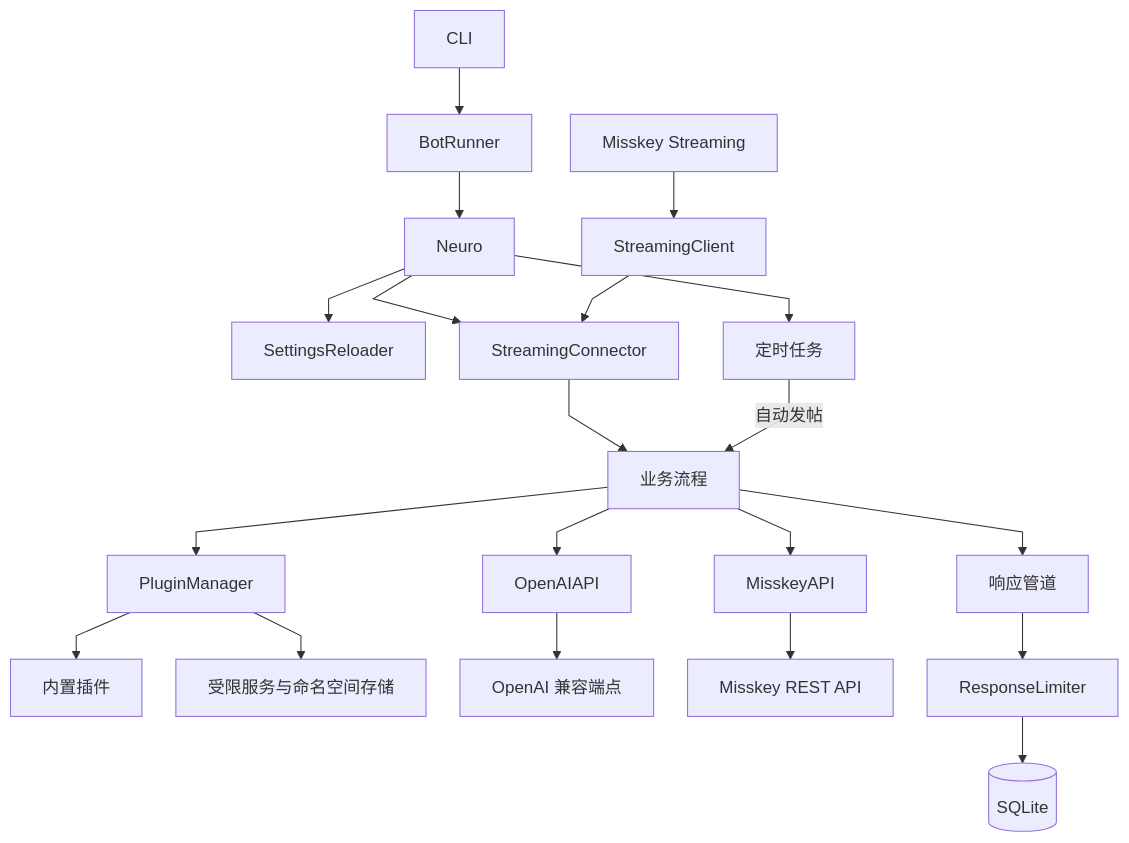
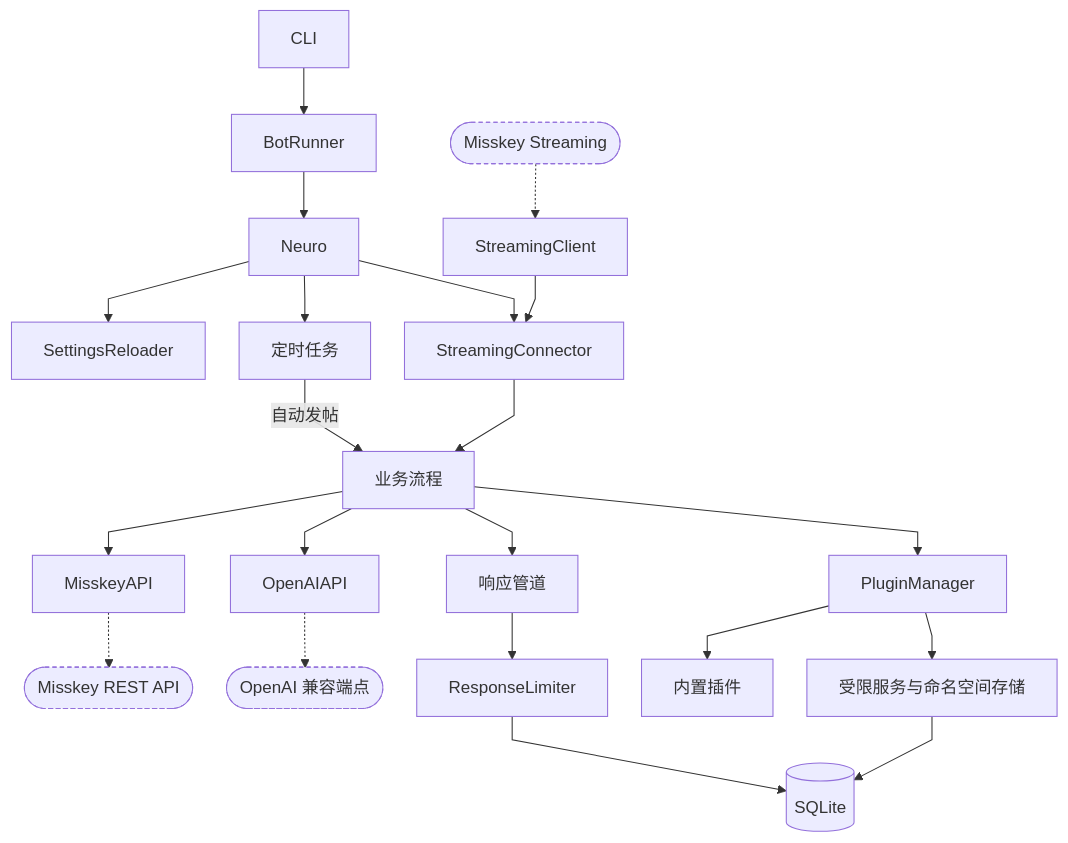
One commit to oreeke/twipsybot changed the diagram in docs/dev-guide/architecture.md. Above: the diagram before and after it, drawn with Mermaid. The commit also changed other lines of this file and 21 other files, not shown here.

````diff
--- a/docs/dev-guide/architecture.md
+++ b/docs/dev-guide/architecture.md
@@ -12,28 +12,22 @@
 ```mermaid
 %%{init: {"flowchart": {"curve": "linear", "nodeSpacing": 32, "rankSpacing": 44}}}%%
 flowchart TB
-	CLI[CLI] --> Runner[BotRunner]
-	Runner --> Core[Neuro]
+	CLI[CLI] --> Runner[BotRunner] --> Core[Neuro]
 	Core --> Reloader[SettingsReloader]
+	Core --> Scheduler[定时任务]
+	Core --> Connector[StreamingConnector]
+	MisskeyStream([Misskey Streaming]) -.-> Streaming[StreamingClient] --> Connector
+	Scheduler -->|自动发帖| Flows[业务流程]
+	Connector --> Flows
 
-	Core --> Connector[StreamingConnector]
-	MisskeyStream[Misskey Streaming] --> Streaming[StreamingClient]
-	Streaming --> Connector
-	Connector --> Flows[业务流程]
-
-	Core --> Scheduler[定时任务]
-	Scheduler -->|自动发帖| Flows
-
+	Flows --> MisskeyAPI[MisskeyAPI] -.-> MisskeyREST([Misskey REST API])
+	Flows --> OpenAI[OpenAIAPI] -.-> Endpoint([OpenAI 兼容端点])
+	Flows --> Pipeline[响应管道] --> Limiter[ResponseLimiter]
 	Flows --> Plugins[PluginManager]
 	Plugins --> Builtins[内置插件]
 	Plugins --> Services[受限服务与命名空间存储]
+	Limiter & Services --> SQLite[(SQLite)]
 
-	Flows --> OpenAI[OpenAIAPI]
-	OpenAI --> Endpoint[OpenAI 兼容端点]
-
-	Flows --> Pipeline[响应管道]
-	Flows --> MisskeyAPI[MisskeyAPI]
-	MisskeyAPI --> MisskeyREST[Misskey REST API]
-	Pipeline --> Limiter[ResponseLimiter]
-	Limiter --> SQLite[(SQLite)]
+	classDef ext stroke-dasharray: 4 3
+	class MisskeyStream,MisskeyREST,Endpoint ext
 ```
````
